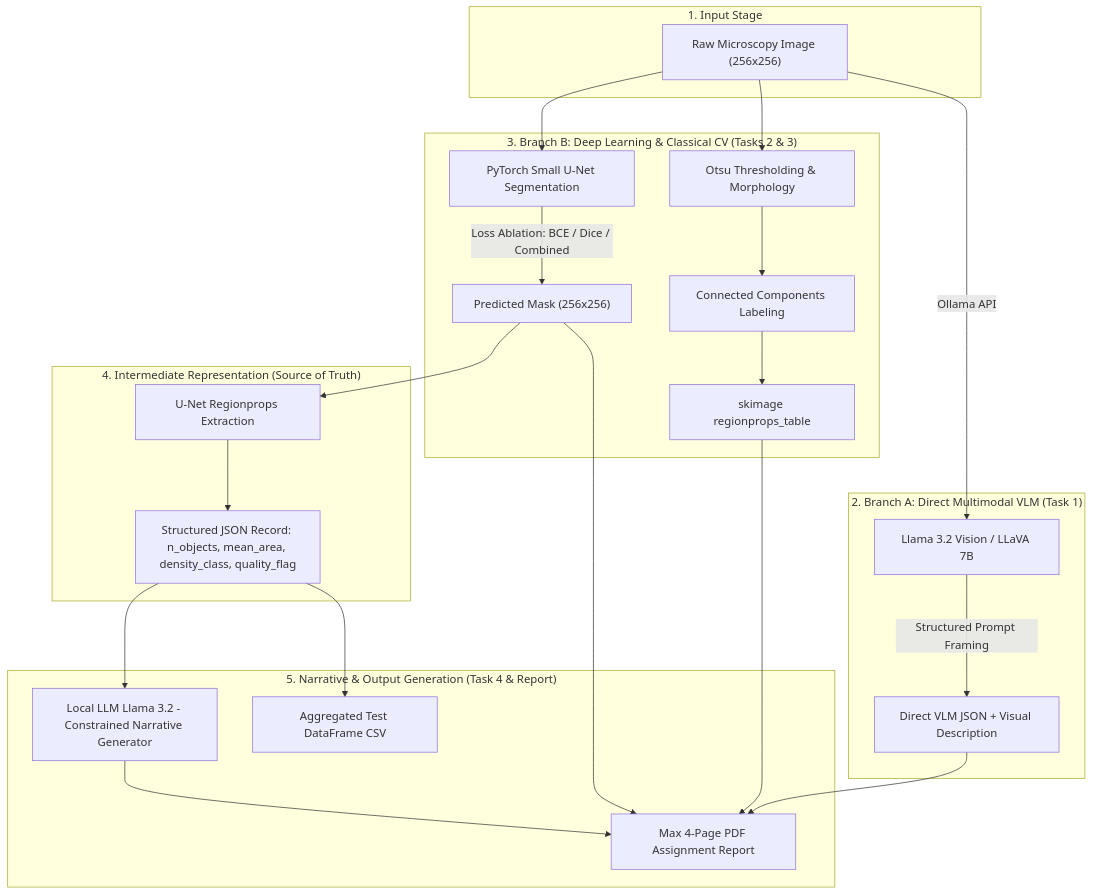
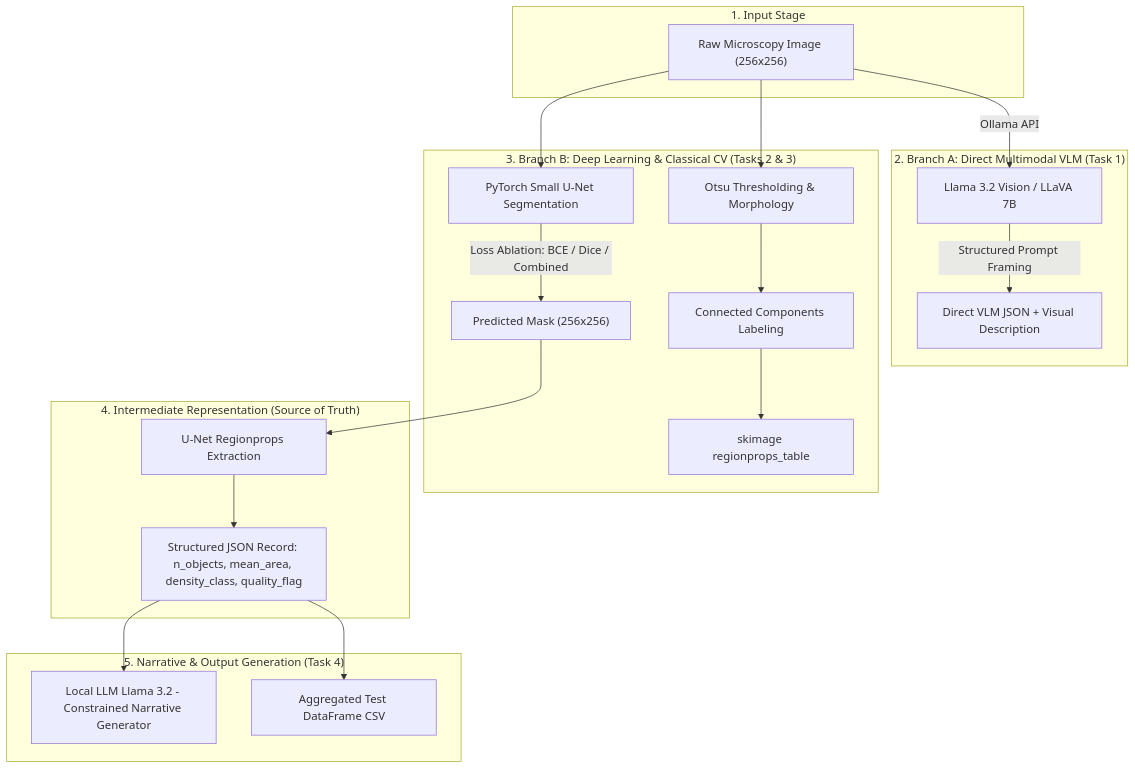
One commit to Deshan-Chathuranga/biomedical-image-analysis-pipeline changed the diagram in README.md. Above: the diagram before and after it, drawn with Mermaid.

Commit message:
Removed Max 4-Page PDF Assignment Report node from Mermaid diagram in README.md

````diff
--- a/README.md
+++ b/README.md
@@ -31,31 +31,30 @@
 ```mermaid
 flowchart TD
     subgraph S1 ["1. Input Stage"]
         A["Raw Microscopy Image (256x256)"]
     end
 
     subgraph S2 ["2. Branch A: Direct Multimodal VLM (Task 1)"]
         A -->|Ollama API| B["Llama 3.2 Vision / LLaVA 7B"]
         B -->|Structured Prompt Framing| C["Direct VLM JSON + Visual Description"]
     end
 
     subgraph S3 ["3. Branch B: Deep Learning & Classical CV (Tasks 2 & 3)"]
         A --> D["Otsu Thresholding & Morphology"]
         D --> E["Connected Components Labeling"]
         E --> F["skimage regionprops_table"]
         
         A --> I["PyTorch Small U-Net Segmentation"]
         I -->|Loss Ablation: BCE / Dice / Combined| J["Predicted Mask (256x256)"]
     end
 
     subgraph S4 ["4. Intermediate Representation (Source of Truth)"]
         J --> L["U-Net Regionprops Extraction"]
         L --> M["Structured JSON Record: n_objects, mean_area, density_class, quality_flag"]
     end
 
-    subgraph S5 ["5. Narrative & Output Generation (Task 4 & Report)"]
+    subgraph S5 ["5. Narrative & Output Generation (Task 4)"]
         M --> N["Local LLM Llama 3.2 - Constrained Narrative Generator"]
         M --> O["Aggregated Test DataFrame CSV"]
-        C & F & J & N --> P["Max 4-Page PDF Assignment Report"]
     end
 ```
````
